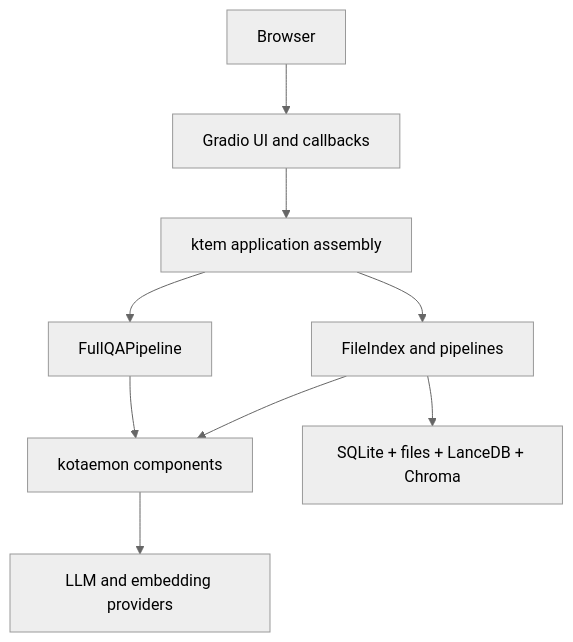
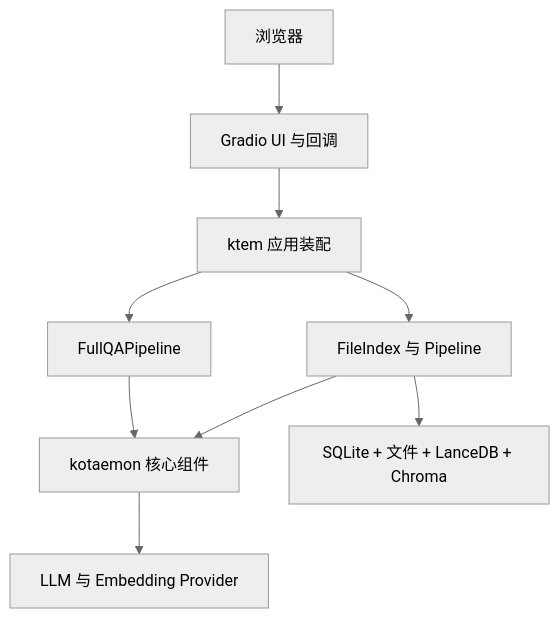
One commit to SwartzMss/knowledge-assistant changed the diagram in docs/development/index.md. Above: the diagram before and after it, drawn with Mermaid (neutral theme). The commit also changed other lines of this file and 10 other files, not shown here.

````diff
--- a/docs/development/index.md
+++ b/docs/development/index.md
@@ -17,11 +17,11 @@
 ```mermaid
 flowchart TB
-    Browser["Browser"] --> Gradio["Gradio UI and callbacks"]
-    Gradio --> App["ktem application assembly"]
-    App --> Index["FileIndex and pipelines"]
+    Browser["浏览器"] --> Gradio["Gradio UI 与回调"]
+    Gradio --> App["ktem 应用装配"]
+    App --> Index["FileIndex 与 Pipeline"]
     App --> QA["FullQAPipeline"]
-    Index --> Core["kotaemon components"]
+    Index --> Core["kotaemon 核心组件"]
     QA --> Core
-    Core --> Models["LLM and embedding providers"]
-    Index --> Local["SQLite + files + LanceDB + Chroma"]
+    Core --> Models["LLM 与 Embedding Provider"]
+    Index --> Local["SQLite + 文件 + LanceDB + Chroma"]
 ```
````
